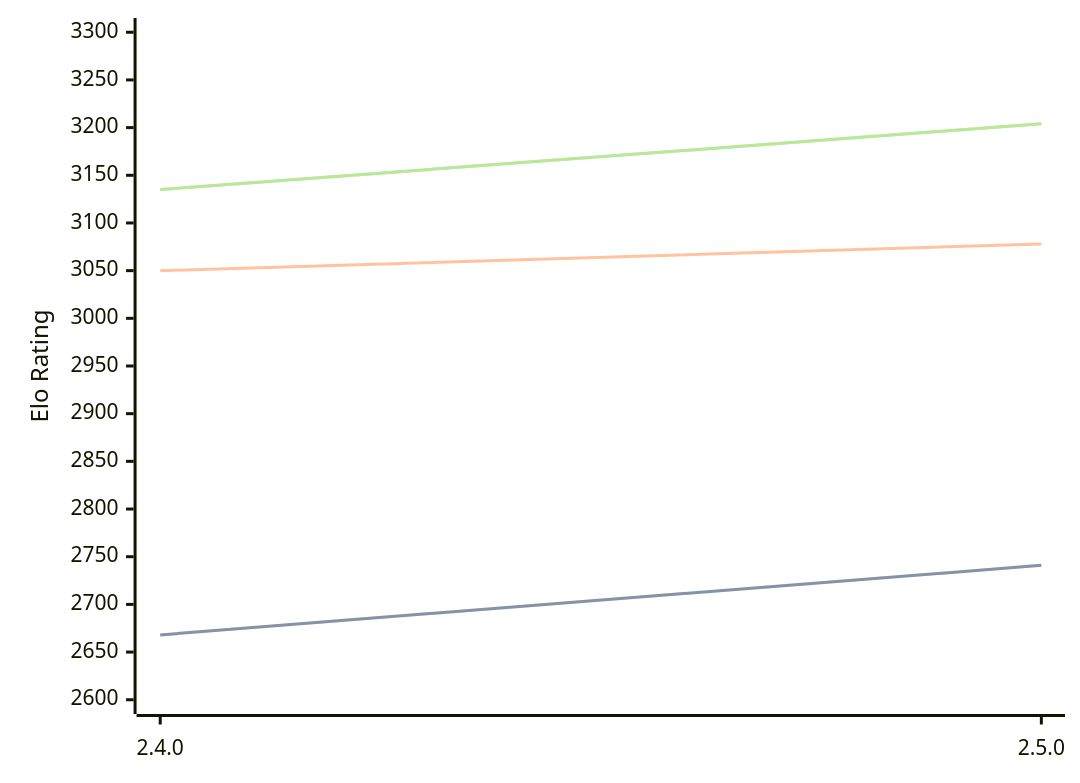
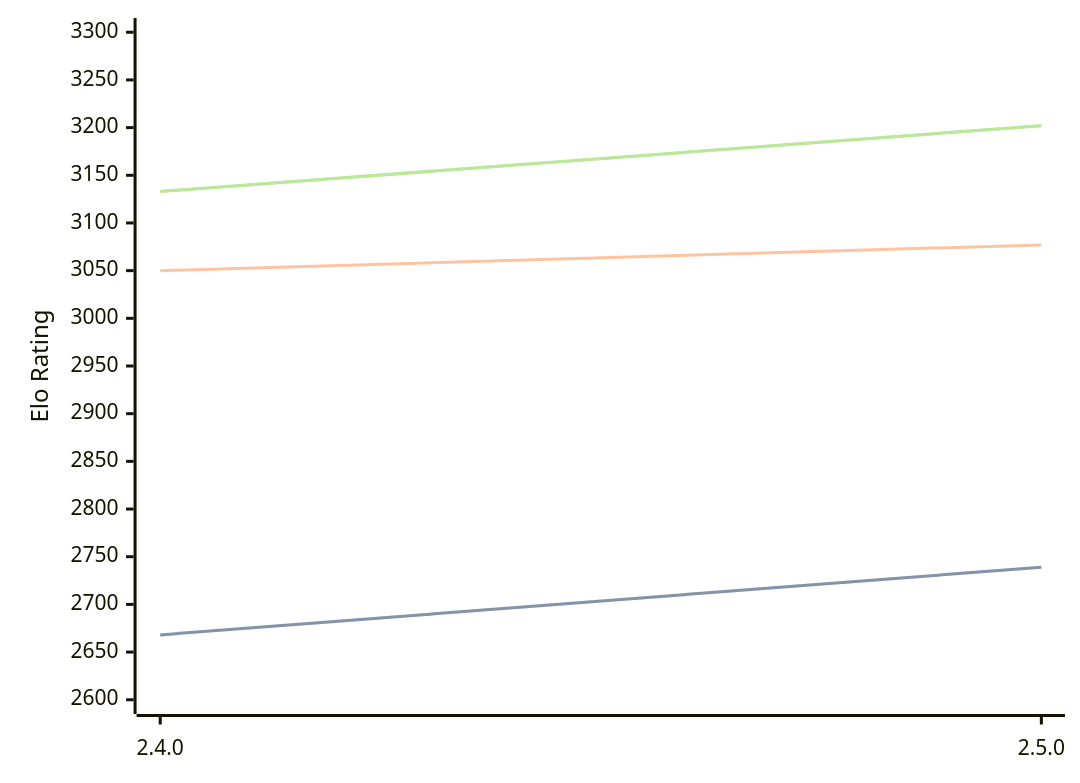
The diagram in engines/Sturddle2.md (computer-chess-index/cci), drawn with Mermaid before and after one commit. The commit also changed other lines of this file, not shown here.

Commit message:
Update CCI Ratings (ELO VLTC) - 2026-03-08

````diff
--- a/engines/Sturddle2.md
+++ b/engines/Sturddle2.md
@@ -35,11 +35,11 @@
 ```mermaid
 %%{init: {"theme":"base","themeVariables":{"seriesColors:['#a3a3a3','#222221','#faa371']}}}%%
 xychart-beta
   x-axis ["2.4.0", "2.5.0"]
   y-axis "Elo Rating" 2600 --> 3300
-  line "STC (8.0+0.08s)" [2668, 2741]
-  line "STC (8.0+0.08s)" [2668, 2741]
-  line "LTC (60.0+0.60s)" [3050, 3078]
-  line "VLTC (2m24s+1.12s)" [3135, 3204]
-  line "VLTC (2m24s+1.12s)" [3135, 3204]
+  line "STC (8.0+0.08s)" [2668, 2739]
+  line "STC (8.0+0.08s)" [2668, 2739]
+  line "LTC (60.0+0.60s)" [3050, 3077]
+  line "VLTC (2m24s+1.12s)" [3133, 3202]
+  line "VLTC (2m24s+1.12s)" [3133, 3202]
 ```
````
